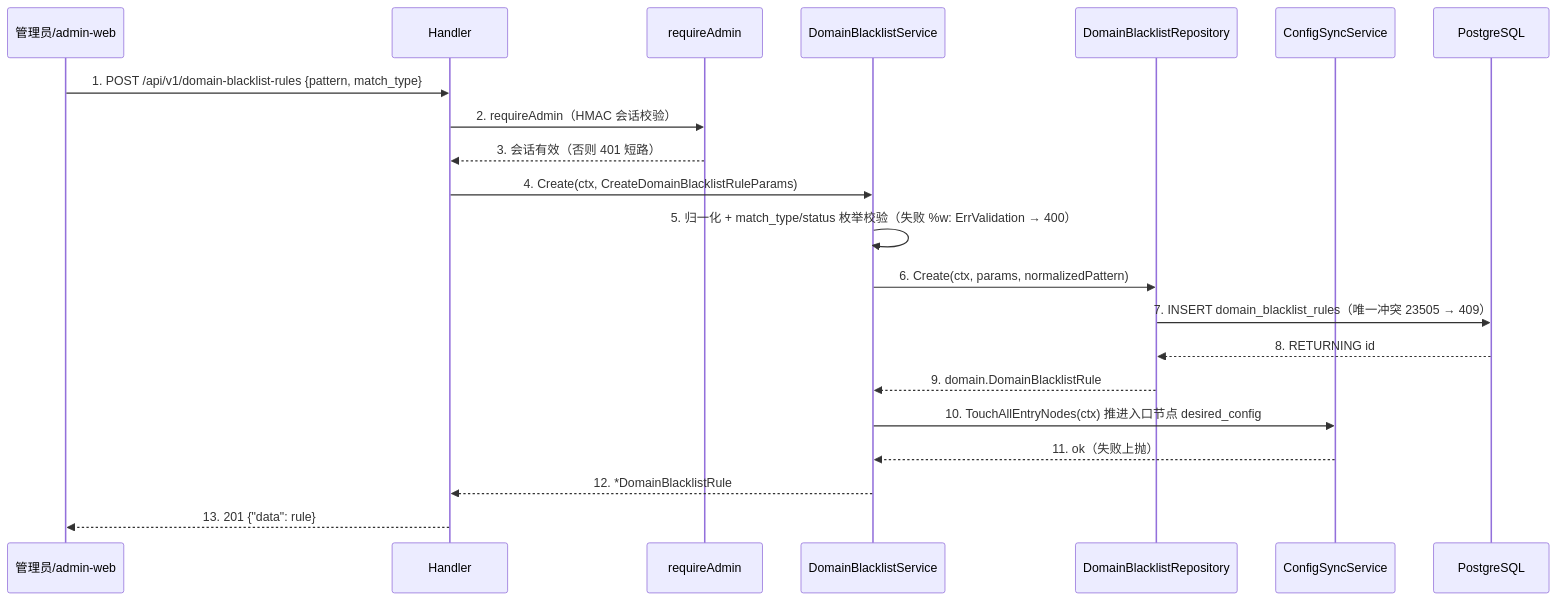
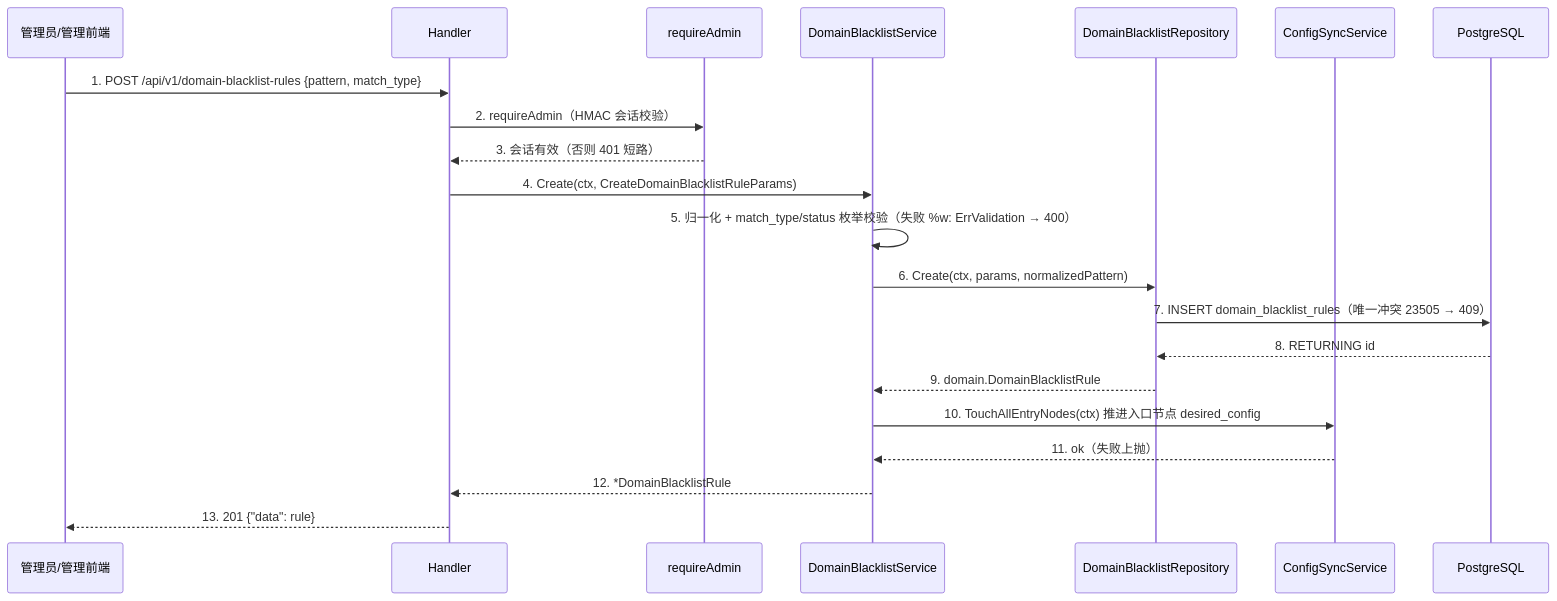
Before and after one commit to devSC/Trellis: the third of 3 diagrams in guru-template/overlay/agents-skills/go-design-overview-writing/references/chapter-guide.md, drawn with Mermaid. The commit also changed other lines of this file and 42 other files, not shown here.

````diff
--- a/guru-template/overlay/agents-skills/go-design-overview-writing/references/chapter-guide.md
+++ b/guru-template/overlay/agents-skills/go-design-overview-writing/references/chapter-guide.md
@@ -200,24 +200,24 @@
 ```mermaid
 sequenceDiagram
-    participant A as 管理员/admin-web
+    participant A as 管理员/管理前端
     participant H as Handler
     participant M as requireAdmin
     participant S as DomainBlacklistService
     participant R as DomainBlacklistRepository
     participant C as ConfigSyncService
     participant DB as PostgreSQL
 
     A->>H: 1. POST /api/v1/domain-blacklist-rules {pattern, match_type}
     H->>M: 2. requireAdmin（HMAC 会话校验）
     M-->>H: 3. 会话有效（否则 401 短路）
     H->>S: 4. Create(ctx, CreateDomainBlacklistRuleParams)
     S->>S: 5. 归一化 + match_type/status 枚举校验（失败 %w: ErrValidation → 400）
     S->>R: 6. Create(ctx, params, normalizedPattern)
     R->>DB: 7. INSERT domain_blacklist_rules（唯一冲突 23505 → 409）
     DB-->>R: 8. RETURNING id
     R-->>S: 9. domain.DomainBlacklistRule
     S->>C: 10. TouchAllEntryNodes(ctx) 推进入口节点 desired_config
     C-->>S: 11. ok（失败上抛）
     S-->>H: 12. *DomainBlacklistRule
     H-->>A: 13. 201 {"data": rule}
 ```
````
